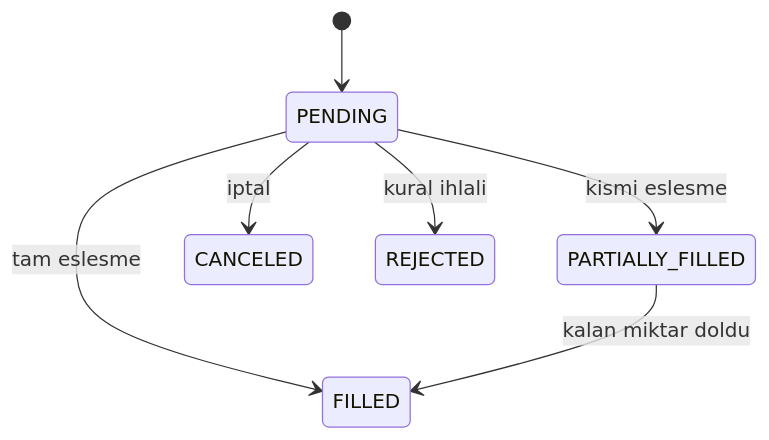
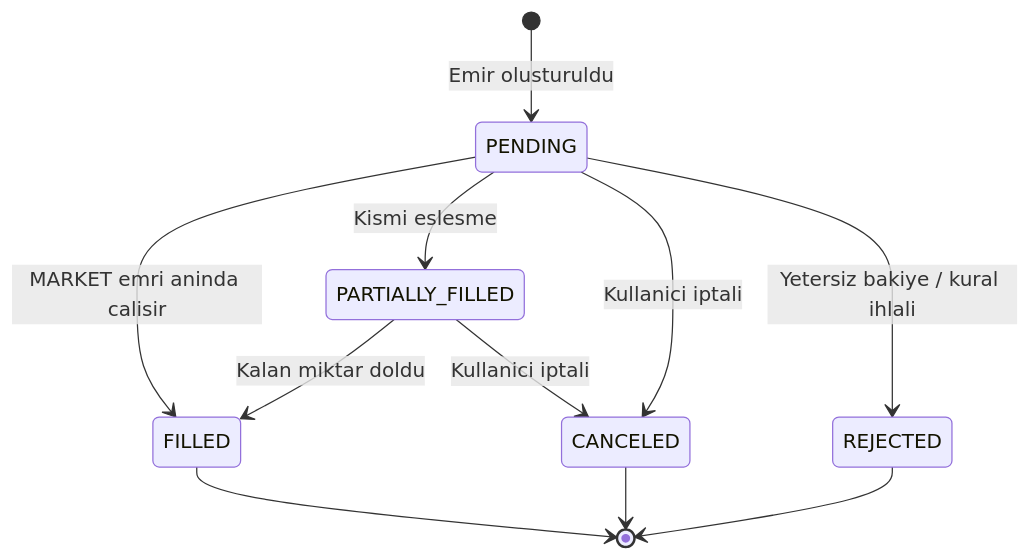
The third of 6 diagrams in docs/TASARIM_MIMARISI_VE_MODELLEME.md (mtgsoftworks/Project_MintStack), drawn with Mermaid before and after one commit. The commit also changed other lines of this file and 31 other files, not shown here.

````diff
--- a/docs/TASARIM_MIMARISI_VE_MODELLEME.md
+++ b/docs/TASARIM_MIMARISI_VE_MODELLEME.md
@@ -52,9 +119,15 @@
 ```mermaid
 stateDiagram-v2
-    [*] --> PENDING
-    PENDING --> PARTIALLY_FILLED : kismi eslesme
-    PENDING --> FILLED : tam eslesme
-    PARTIALLY_FILLED --> FILLED : kalan miktar doldu
-    PENDING --> CANCELED : iptal
-    PENDING --> REJECTED : kural ihlali
+    [*] --> PENDING : Emir olusturuldu
+    PENDING --> FILLED : MARKET emri aninda calisir
+    PENDING --> PARTIALLY_FILLED : Kismi eslesme
+    PENDING --> CANCELED : Kullanici iptali
+    PENDING --> REJECTED : Yetersiz bakiye / kural ihlali
+
+    PARTIALLY_FILLED --> FILLED : Kalan miktar doldu
+    PARTIALLY_FILLED --> CANCELED : Kullanici iptali
+
+    FILLED --> [*]
+    CANCELED --> [*]
+    REJECTED --> [*]
 ```
````
